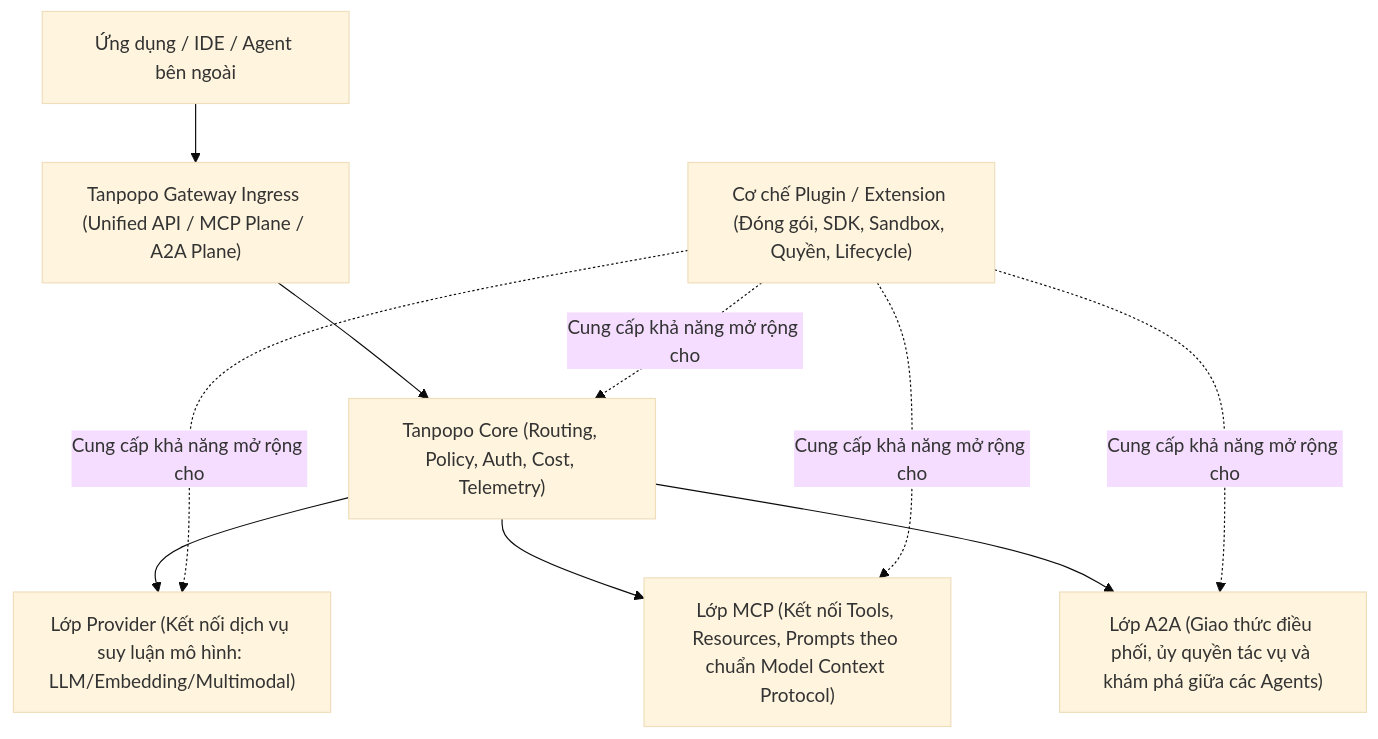
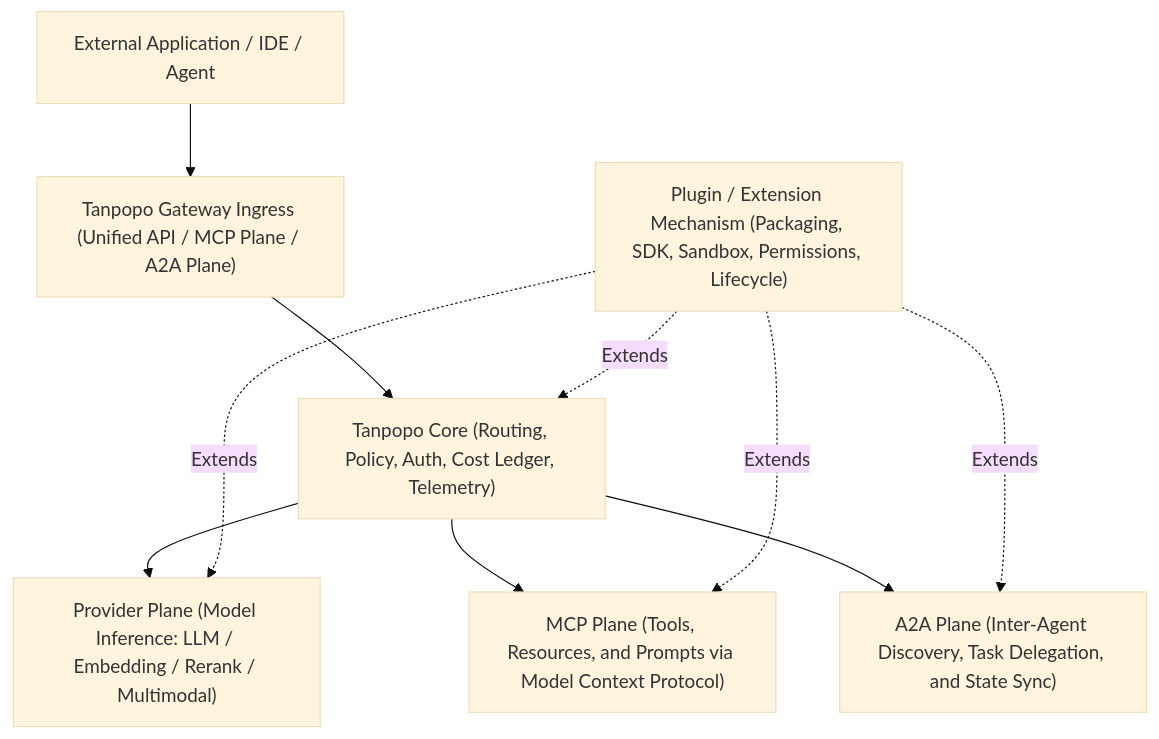
The diagram in docs/governance/project-charter.md (nguywnben/tanpopo), drawn with Mermaid (base theme) before and after one commit. The commit also changed other lines of this file and 111 other files, not shown here.

````diff
--- a/docs/governance/project-charter.md
+++ b/docs/governance/project-charter.md
@@ -68,12 +68,12 @@
 ```mermaid
 flowchart TD
-    Client["Ứng dụng / IDE / Agent bên ngoài"] --> Ingress["Tanpopo Gateway Ingress (Unified API / MCP Plane / A2A Plane)"]
-    Ingress --> Core["Tanpopo Core (Routing, Policy, Auth, Cost, Telemetry)"]
-    Core --> ProviderLayer["Lớp Provider (Kết nối dịch vụ suy luận mô hình: LLM/Embedding/Multimodal)"]
-    Core --> MCPLayer["Lớp MCP (Kết nối Tools, Resources, Prompts theo chuẩn Model Context Protocol)"]
-    Core --> A2ALayer["Lớp A2A (Giao thức điều phối, ủy quyền tác vụ và khám phá giữa các Agents)"]
-    PluginEngine["Cơ chế Plugin / Extension (Đóng gói, SDK, Sandbox, Quyền, Lifecycle)"] -. "Cung cấp khả năng mở rộng cho" .-> ProviderLayer
-    PluginEngine -. "Cung cấp khả năng mở rộng cho" .-> Core
-    PluginEngine -. "Cung cấp khả năng mở rộng cho" .-> MCPLayer
-    PluginEngine -. "Cung cấp khả năng mở rộng cho" .-> A2ALayer
+    Client["External Application / IDE / Agent"] --> Ingress["Tanpopo Gateway Ingress (Unified API / MCP Plane / A2A Plane)"]
+    Ingress --> Core["Tanpopo Core (Routing, Policy, Auth, Cost Ledger, Telemetry)"]
+    Core --> ProviderLayer["Provider Plane (Model Inference: LLM / Embedding / Rerank / Multimodal)"]
+    Core --> MCPLayer["MCP Plane (Tools, Resources, and Prompts via Model Context Protocol)"]
+    Core --> A2ALayer["A2A Plane (Inter-Agent Discovery, Task Delegation, and State Sync)"]
+    PluginEngine["Plugin / Extension Mechanism (Packaging, SDK, Sandbox, Permissions, Lifecycle)"] -. "Extends" .-> ProviderLayer
+    PluginEngine -. "Extends" .-> Core
+    PluginEngine -. "Extends" .-> MCPLayer
+    PluginEngine -. "Extends" .-> A2ALayer
 ```
````
